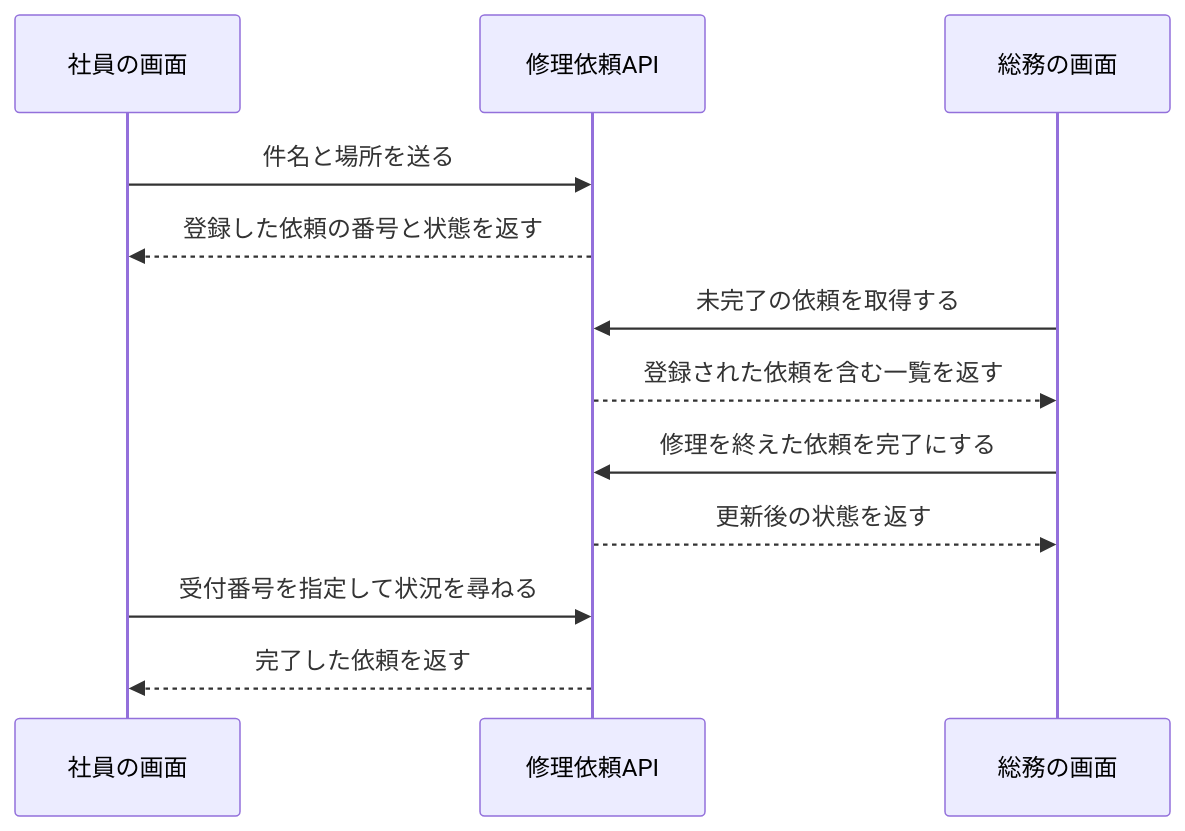
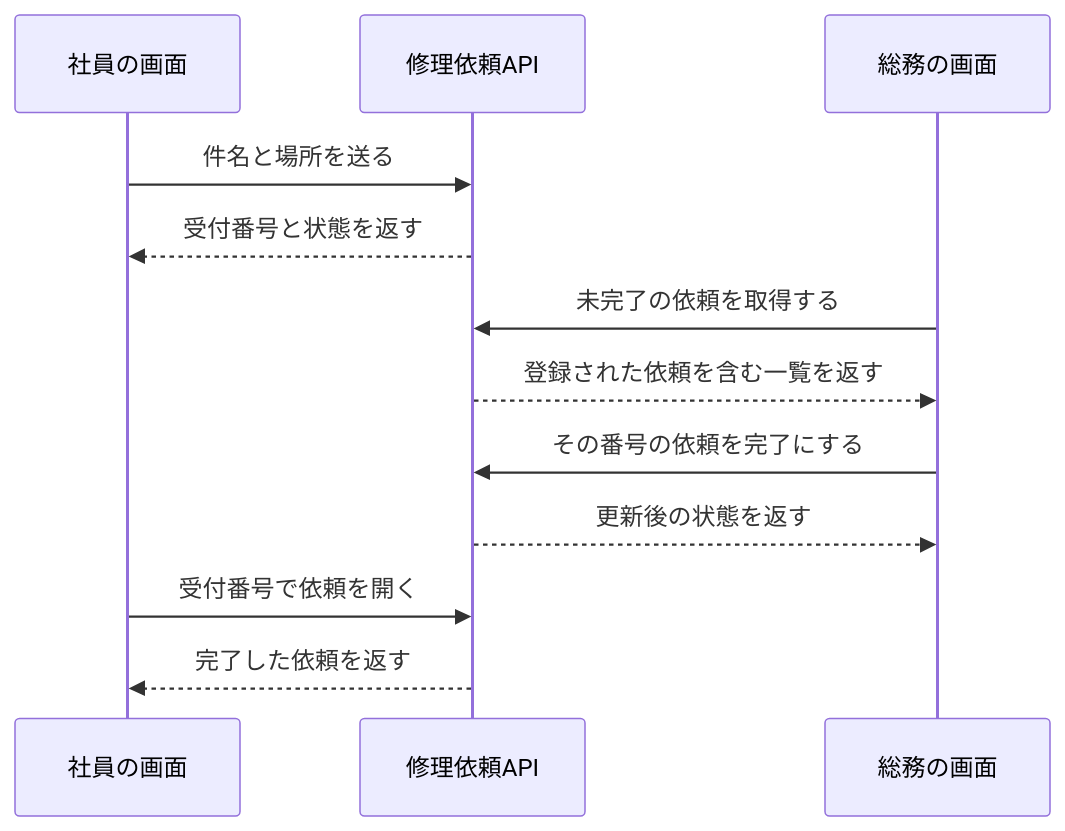
The diagram in docs/01-api.md (tsuji-tomonori/rest-api-sample), drawn with Mermaid before and after one commit. The commit also changed other lines of this file and 29 other files, not shown here.

````diff
--- a/docs/01-api.md
+++ b/docs/01-api.md
@@ -17,14 +17,14 @@
 ```mermaid
 sequenceDiagram
     participant E as 社員の画面
     participant A as 修理依頼API
     participant G as 総務の画面
     E->>A: 件名と場所を送る
-    A-->>E: 登録した依頼の番号と状態を返す
+    A-->>E: 受付番号と状態を返す
     G->>A: 未完了の依頼を取得する
     A-->>G: 登録された依頼を含む一覧を返す
-    G->>A: 修理を終えた依頼を完了にする
+    G->>A: その番号の依頼を完了にする
     A-->>G: 更新後の状態を返す
-    E->>A: 受付番号を指定して状況を尋ねる
+    E->>A: 受付番号で依頼を開く
     A-->>E: 完了した依頼を返す
 ```
````
